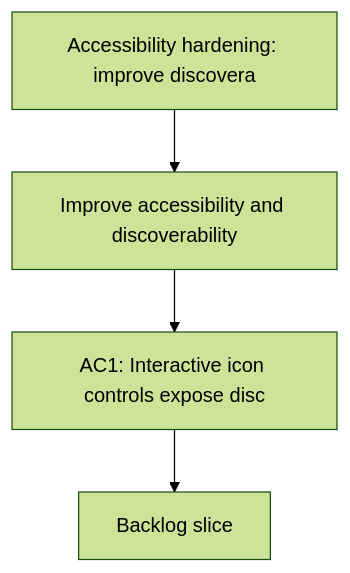
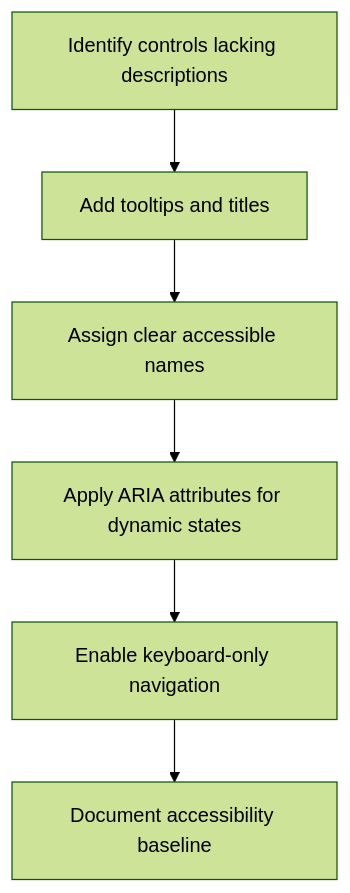
The diagram in logics/request/req_013_accessibility_hardening_improve_discoverability_and_descriptions_for_controls.md (AlexAgo83/logics-manager), drawn with Mermaid (forest theme) before and after one commit. The commit also changed other lines of this file and 54 other files, not shown here.

````diff
--- a/logics/request/req_013_accessibility_hardening_improve_discoverability_and_descriptions_for_controls.md
+++ b/logics/request/req_013_accessibility_hardening_improve_discoverability_and_descriptions_for_controls.md
@@ -10,8 +10,10 @@
 ```mermaid
 %% logics-kind: request
 %% logics-signature: request|accessibility-hardening-improve-discover|improve-accessibility-and-discoverabilit|ac1-interactive-icon-controls-expose-dis
 flowchart TD
-    Trigger[Accessibility hardening: improve discovera] --> Need[Improve accessibility and discoverability]
-    Need --> Outcome[AC1: Interactive icon controls expose disc]
-    Outcome --> Backlog[Backlog slice]
+    A[Identify controls lacking descriptions] --> B[Add tooltips and titles]
+    B --> C[Assign clear accessible names]
+    C --> D[Apply ARIA attributes for dynamic states]
+    D --> E[Enable keyboard-only navigation]
+    E --> F[Document accessibility baseline]
 ```
````
